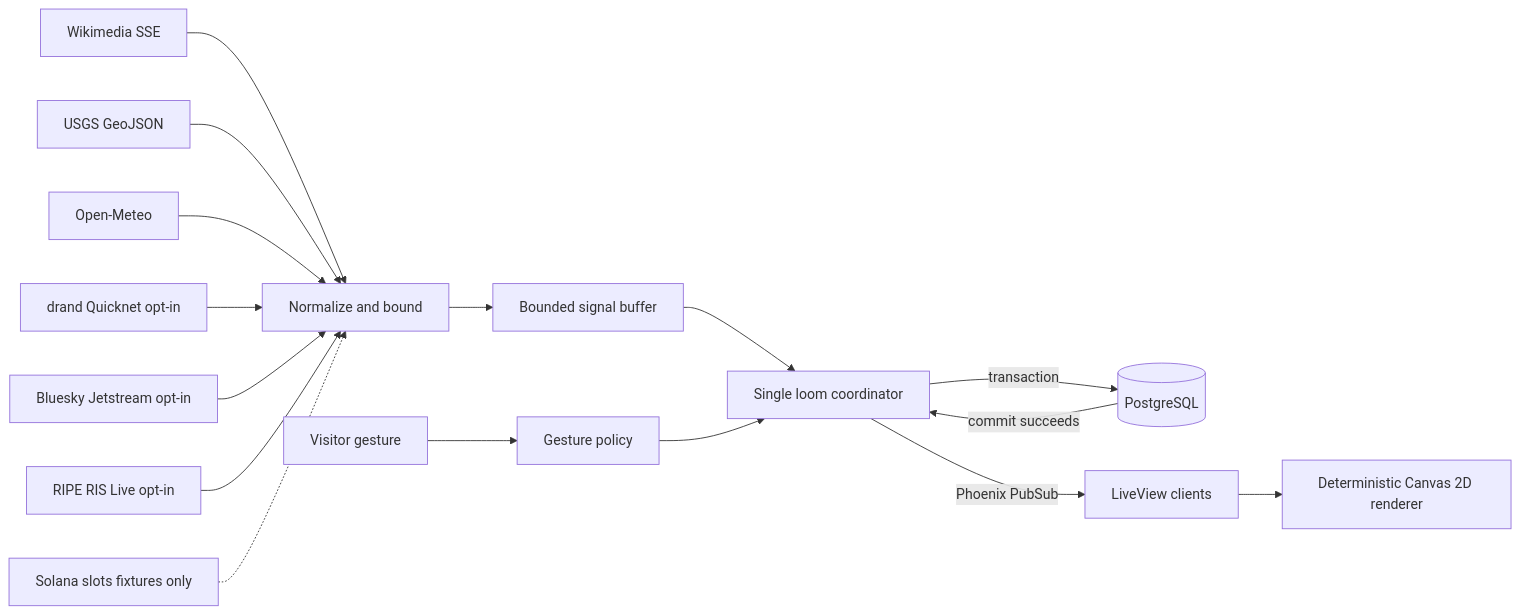
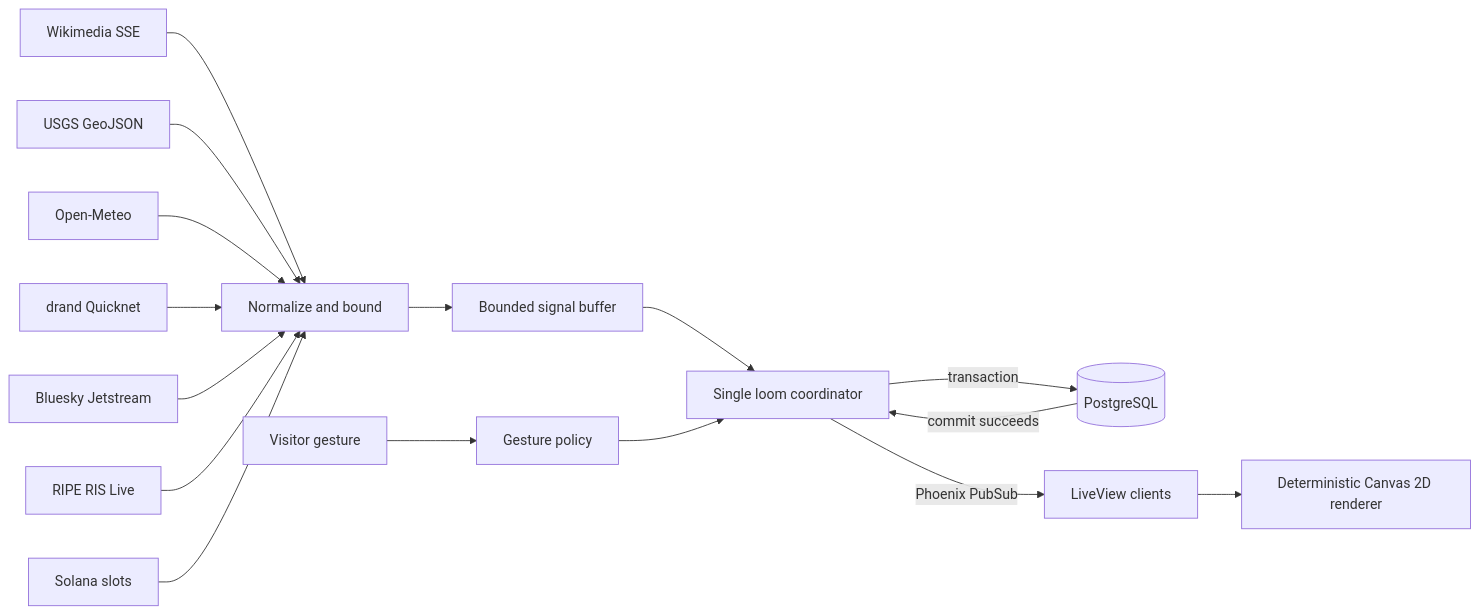
Before and after one commit to romankhadka/worldloom: the diagram in README.md, drawn with Mermaid. The commit also changed other lines of this file and 12 other files, not shown here.

````diff
--- a/README.md
+++ b/README.md
@@ -36,18 +35,18 @@
 ```mermaid
 flowchart LR
   W[Wikimedia SSE] --> N[Normalize and bound]
   U[USGS GeoJSON] --> N
   M[Open-Meteo] --> N
-  DQ[drand Quicknet opt-in] --> N
-  BJ[Bluesky Jetstream opt-in] --> N
-  RR[RIPE RIS Live opt-in] --> N
-  SS[Solana slots fixtures only] -.-> N
+  DQ[drand Quicknet] --> N
+  BJ[Bluesky Jetstream] --> N
+  RR[RIPE RIS Live] --> N
+  SS[Solana slots] --> N
   V[Visitor gesture] --> P[Gesture policy]
   N --> BUF[Bounded signal buffer]
   BUF --> C[Single loom coordinator]
   P --> C
   C -->|transaction| D[(PostgreSQL)]
   D -->|commit succeeds| C
   C -->|Phoenix PubSub| L[LiveView clients]
   L --> R[Deterministic Canvas 2D renderer]
 ```
````
